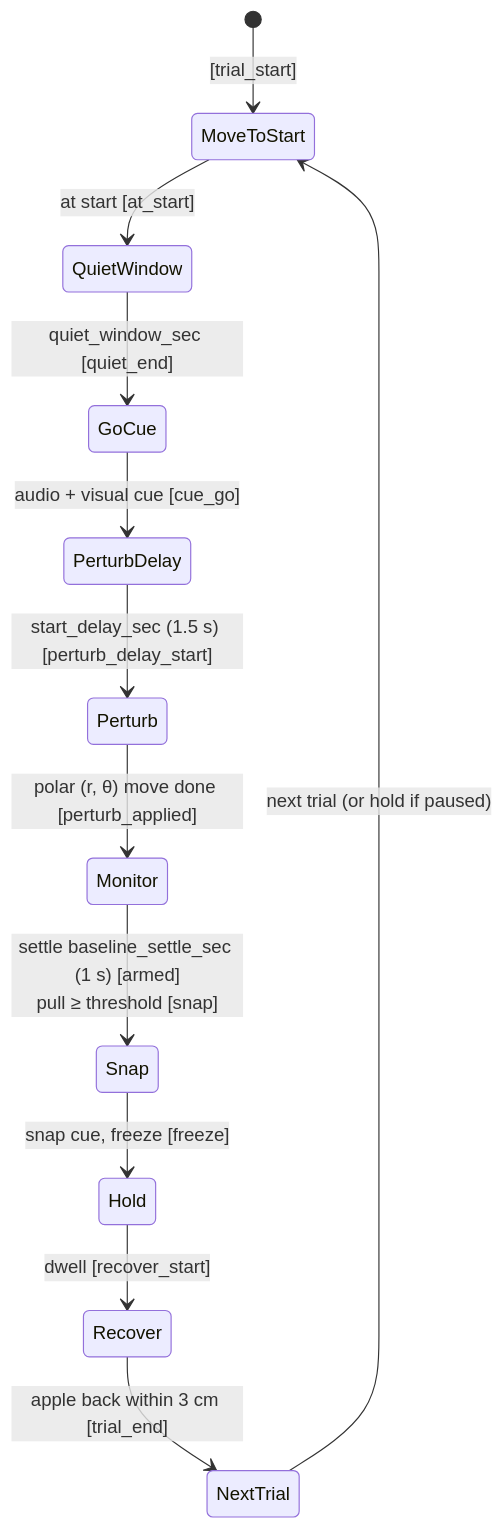
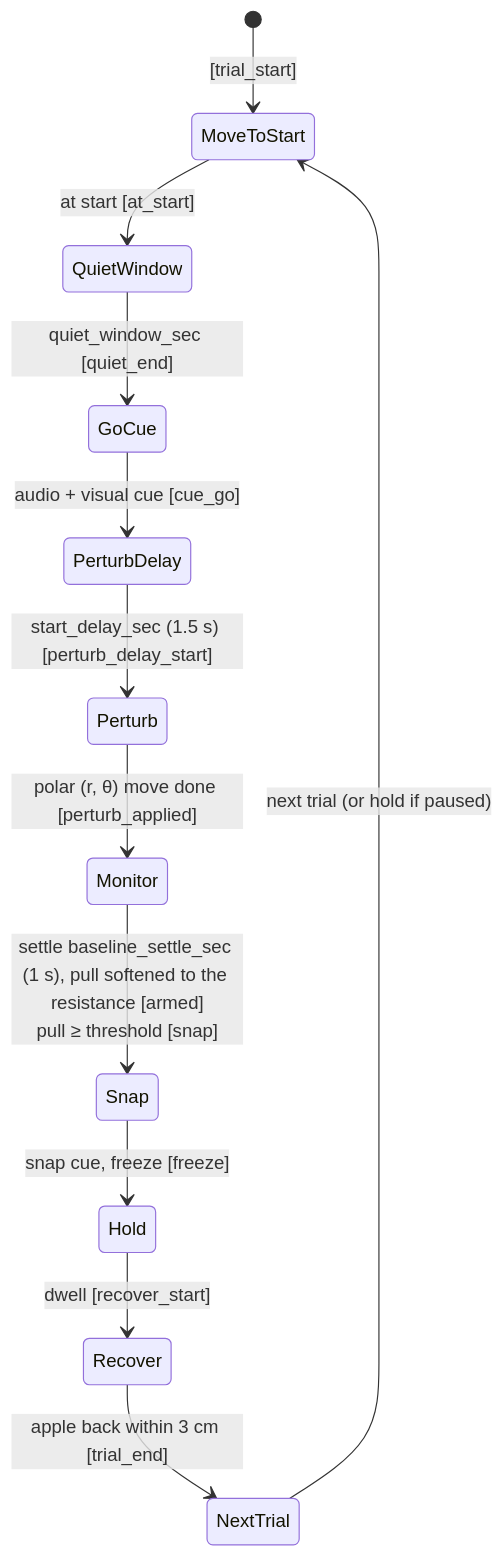
One commit to sinthlab/sinthlab-kuka-stack changed the sixth of 9 diagrams in README.md. Above: the diagram before and after it, drawn with Mermaid. The commit also changed other lines of this file and 11 other files, not shown here.

````diff
--- a/README.md
+++ b/README.md
@@ -1384,14 +1426,14 @@
 ```mermaid
 stateDiagram-v2
     [*] --> MoveToStart : [trial_start]
     MoveToStart --> QuietWindow : at start [at_start]
     QuietWindow --> GoCue : quiet_window_sec [quiet_end]
     GoCue --> PerturbDelay : audio + visual cue [cue_go]
     PerturbDelay --> Perturb : start_delay_sec (1.5 s) [perturb_delay_start]
     Perturb --> Monitor : polar (r, θ) move done [perturb_applied]
-    Monitor --> Snap : settle baseline_settle_sec (1 s) [armed]<br/>pull ≥ threshold [snap]
+    Monitor --> Snap : settle baseline_settle_sec (1 s), pull softened to the resistance [armed]<br/>pull ≥ threshold [snap]
     Snap --> Hold : snap cue, freeze [freeze]
     Hold --> Recover : dwell [recover_start]
     Recover --> NextTrial : apple back within 3 cm [trial_end]
     NextTrial --> MoveToStart : next trial (or hold if paused)
 ```
````
